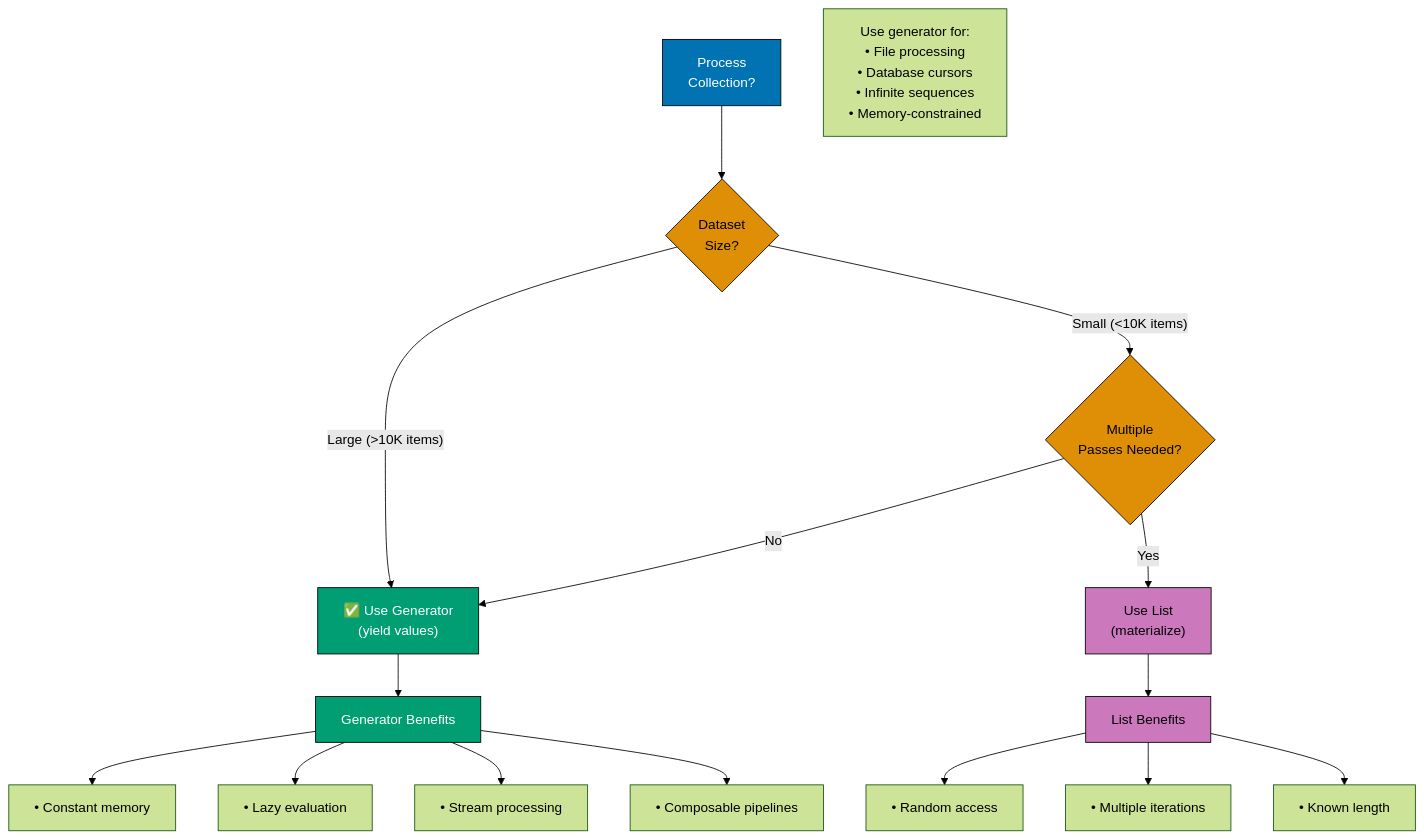
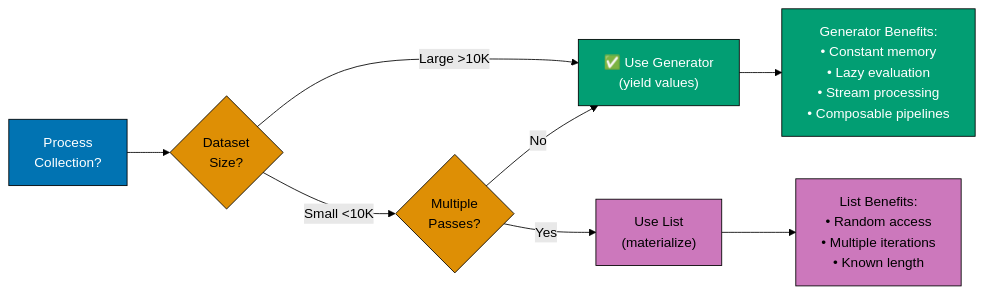
One commit to wahidyankf/open-sharia-enterprise changed the fourth of 7 diagrams in docs/explanation/software-engineering/programming-languages/python/idioms.md. Above: the diagram before and after it, drawn with Mermaid (forest theme). The commit also changed other lines of this file and 12 other files, not shown here.

First line of the commit message:
fix(docs): fix mermaid violations in python docs

````diff
--- a/docs/explanation/software-engineering/programming-languages/python/idioms.md
+++ b/docs/explanation/software-engineering/programming-languages/python/idioms.md
@@ -651,31 +646,22 @@
 ```mermaid
 %% Color Palette: Blue #0173B2, Orange #DE8F05, Teal #029E73, Purple #CC78BC
 %% All colors are color-blind friendly and meet WCAG AA contrast standards
 
-graph TD
+graph LR
     A["Process<br/>Collection?"]:::blue --> B{"Dataset<br/>Size?"}:::orange
 
-    B -->|"Large (>10K items)"| C["✅ Use Generator<br/>(yield values)"]:::teal
-    B -->|"Small (<10K items)"| D{"Multiple<br/>Passes Needed?"}:::orange
+    B -->|"Large >10K"| C["✅ Use Generator<br/>(yield values)"]:::teal
+    B -->|"Small <10K"| D{"Multiple<br/>Passes?"}:::orange
 
     D -->|"Yes"| E["Use List<br/>(materialize)"]:::purple
     D -->|"No"| C
 
-    C --> F["Generator Benefits"]:::teal
-    F --> F1["• Constant memory"]
-    F --> F2["• Lazy evaluation"]
-    F --> F3["• Stream processing"]
-    F --> F4["• Composable pipelines"]
+    C --> F["Generator Benefits:<br/>• Constant memory<br/>• Lazy evaluation<br/>• Stream processing<br/>• Composable pipelines"]:::teal
 
-    E --> G["List Benefits"]:::purple
-    G --> G1["• Random access"]
-    G --> G2["• Multiple iterations"]
-    G --> G3["• Known length"]
-
-    Note["Use generator for:<br/>• File processing<br/>• Database cursors<br/>• Infinite sequences<br/>• Memory-constrained"]
+    E --> G["List Benefits:<br/>• Random access<br/>• Multiple iterations<br/>• Known length"]:::purple
 
     classDef blue fill:#0173B2,stroke:#000,color:#fff
     classDef orange fill:#DE8F05,stroke:#000,color:#000
     classDef teal fill:#029E73,stroke:#000,color:#fff
     classDef purple fill:#CC78BC,stroke:#000,color:#000
 ```
````
